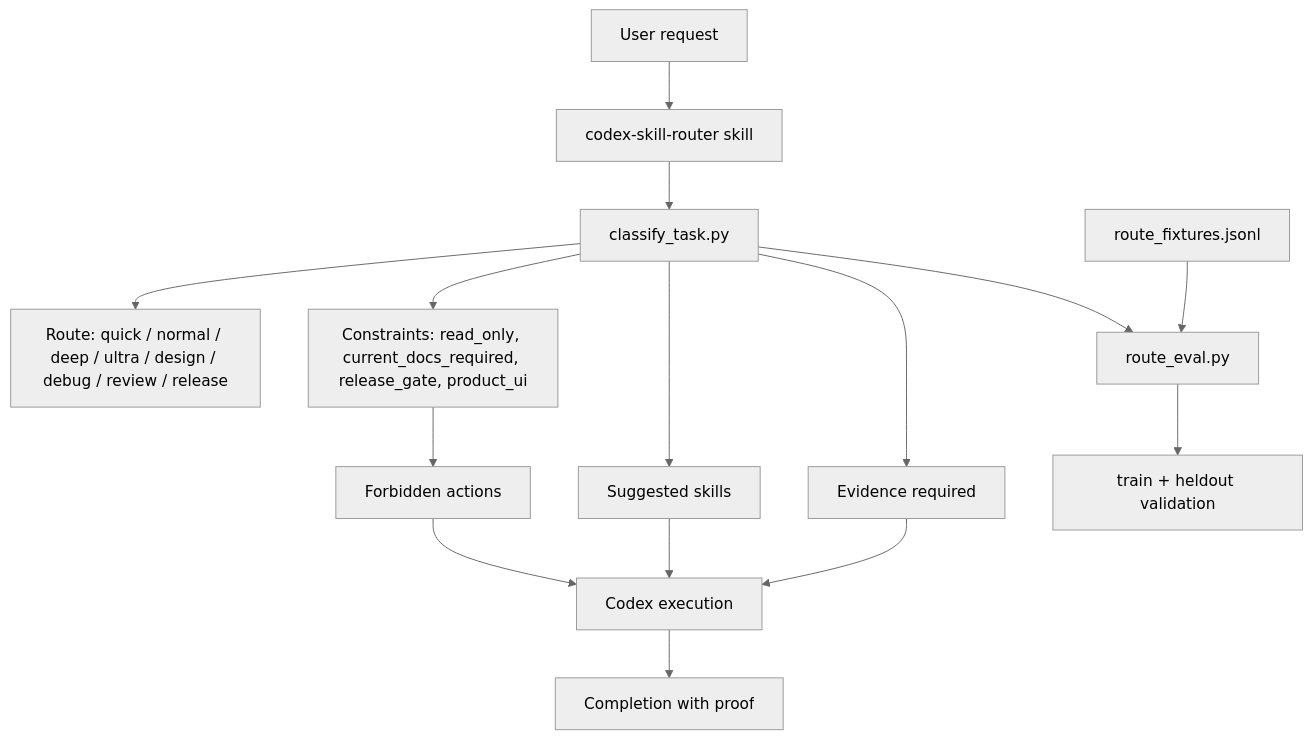
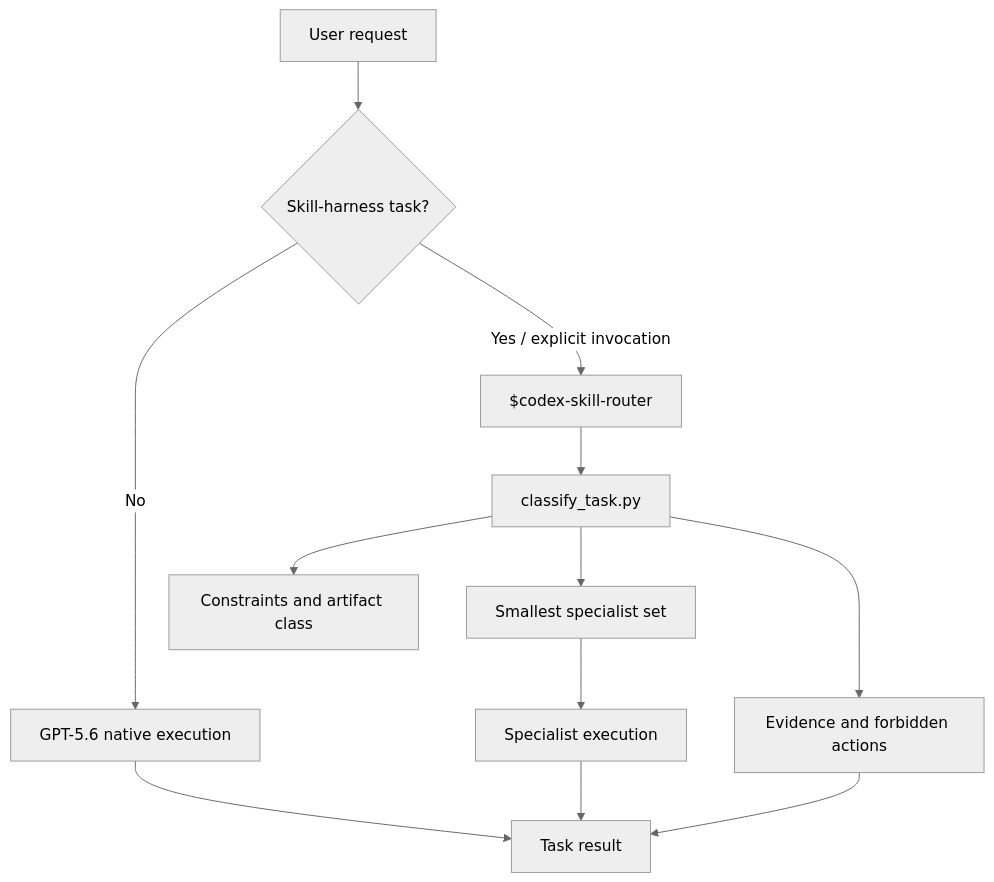
One commit to Merchantlee99/Vibebuilder changed the first of 2 diagrams in codex-skill/README.md. Above: the diagram before and after it, drawn with Mermaid (neutral theme). The commit also changed other lines of this file and 13 other files, not shown here.

Commit message:
Upgrade Codex skill router for GPT-5.6

````diff
--- a/codex-skill/README.md
+++ b/codex-skill/README.md
@@ -21,17 +30,14 @@
 ```mermaid
 flowchart TD
-    A["User request"] --> B["codex-skill-router skill"]
-    B --> C["classify_task.py"]
-    C --> D["Route: quick / normal / deep / ultra / design / debug / review / release"]
-    C --> E["Constraints: read_only, current_docs_required, release_gate, product_ui"]
-    C --> F["Suggested skills"]
-    C --> G["Evidence required"]
-    E --> H["Forbidden actions"]
-    F --> I["Codex execution"]
-    G --> I
-    H --> I
-    I --> J["Completion with proof"]
-    K["route_fixtures.jsonl"] --> L["route_eval.py"]
-    C --> L
-    L --> M["train + heldout validation"]
+    A["User request"] --> B{"Skill-harness task?"}
+    B -- "No" --> C["GPT-5.6 native execution"]
+    B -- "Yes / explicit invocation" --> D["$codex-skill-router"]
+    D --> E["classify_task.py"]
+    E --> F["Constraints and artifact class"]
+    E --> G["Smallest specialist set"]
+    E --> H["Evidence and forbidden actions"]
+    G --> I["Specialist execution"]
+    C --> J["Task result"]
+    I --> J
+    H --> J
 ```
````
